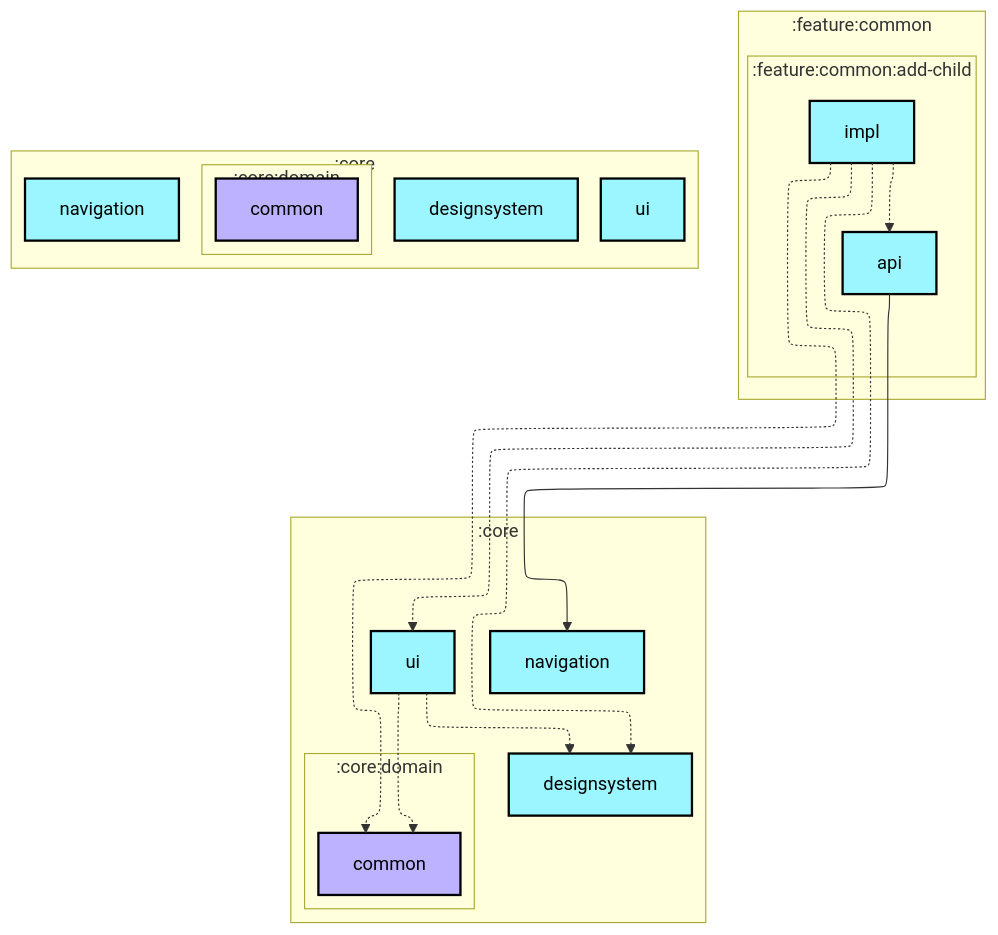
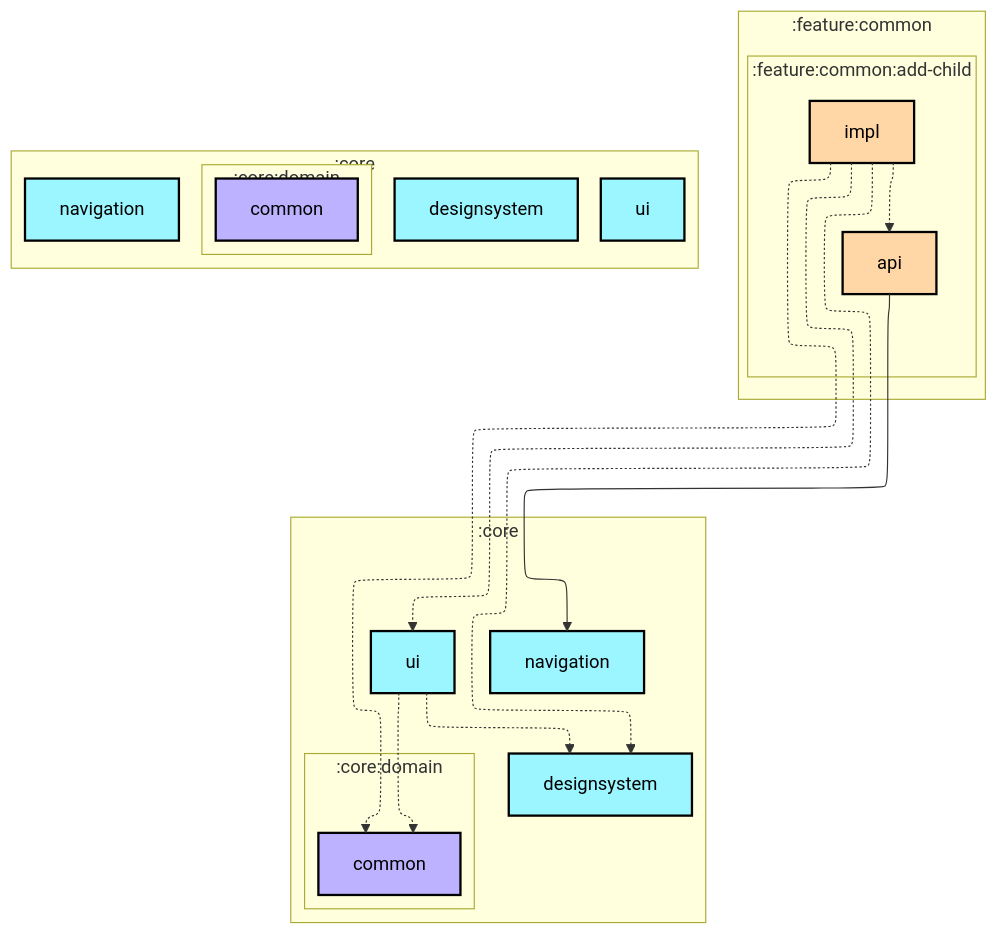
One commit to jadavchirag/jadavchirag changed the first of 2 diagrams in architecture/ParentalControlApps/feature/common/add-child/impl/README.md. Above: the diagram before and after it, drawn with Mermaid. The commit also changed 26 other files, not shown here.

Commit message:
fixed feature module colors in graphs

````diff
--- a/architecture/ParentalControlApps/feature/common/add-child/impl/README.md
+++ b/architecture/ParentalControlApps/feature/common/add-child/impl/README.md
@@ -6,45 +6,45 @@
 ```mermaid
 ---
 config:
   layout: elk
   elk:
     nodePlacementStrategy: SIMPLE
 ---
 graph TB
   subgraph :feature:common
     direction TB
     subgraph :feature:common:add-child
       direction TB
-      :feature:common:add-child:api[api]:::android-library
-      :feature:common:add-child:impl[impl]:::android-library
+      :feature:common:add-child:api[api]:::android-feature
+      :feature:common:add-child:impl[impl]:::android-feature
     end
   end
   subgraph :core
     direction TB
     :core:designsystem[designsystem]:::android-library
     :core:navigation[navigation]:::android-library
     :core:ui[ui]:::android-library
   end
   subgraph :core
     direction TB
     subgraph :core:domain
       direction TB
       :core:domain:common[common]:::jvm-library
     end
   end
 
   :core:ui -.-> :core:designsystem
   :core:ui -.-> :core:domain:common
   :feature:common:add-child:api --> :core:navigation
   :feature:common:add-child:impl -.-> :core:designsystem
   :feature:common:add-child:impl -.-> :core:domain:common
   :feature:common:add-child:impl -.-> :core:ui
   :feature:common:add-child:impl -.-> :feature:common:add-child:api
 
 classDef android-application fill:#CAFFBF,stroke:#000,stroke-width:2px,color:#000;
 classDef android-feature fill:#FFD6A5,stroke:#000,stroke-width:2px,color:#000;
 classDef android-library fill:#9BF6FF,stroke:#000,stroke-width:2px,color:#000;
 classDef android-test fill:#A0C4FF,stroke:#000,stroke-width:2px,color:#000;
 classDef jvm-library fill:#BDB2FF,stroke:#000,stroke-width:2px,color:#000;
 classDef unknown fill:#FFADAD,stroke:#000,stroke-width:2px,color:#000;
 ```
````
